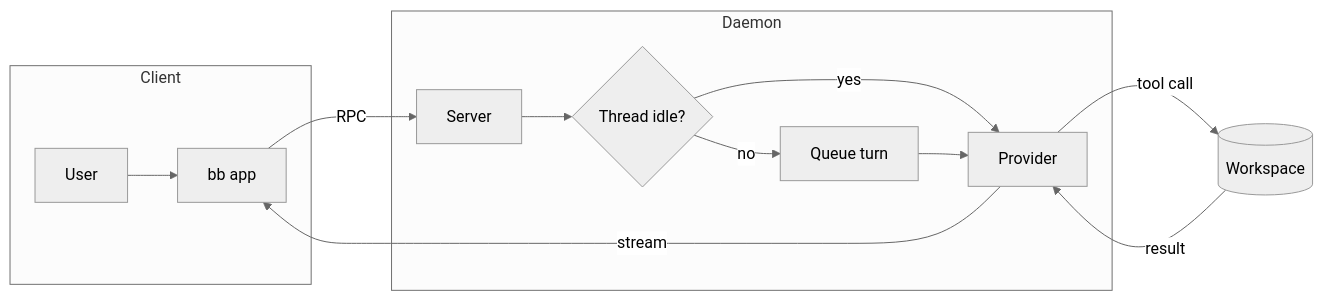
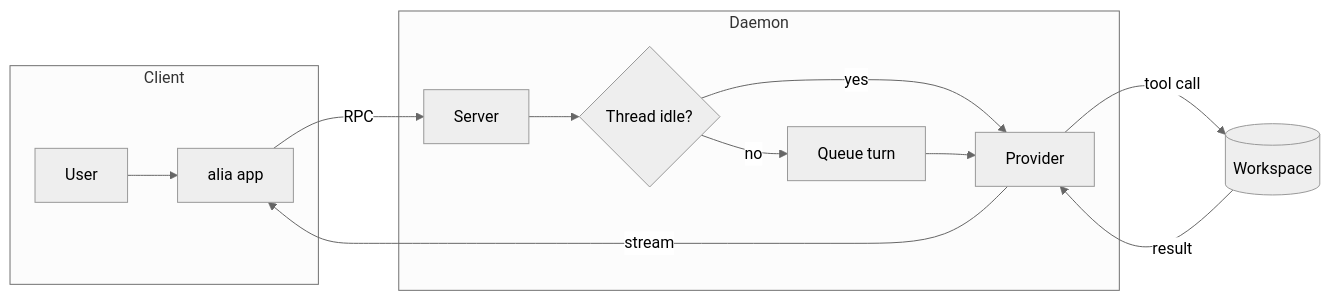
The second of 18 diagrams in plugins/agentic-mermaid/gallery.md (Vesnalia/vesnalia-plugins), drawn with Mermaid (neutral theme) before and after one commit. The commit also changed other lines of this file and 13306 other files, not shown here.

````diff
--- a/plugins/agentic-mermaid/gallery.md
+++ b/plugins/agentic-mermaid/gallery.md
@@ -23,16 +23,16 @@
 ```mermaid
 flowchart LR
   subgraph Client
-    U[User] --> UI[bb app]
+    U[User] --> UI[alia app]
   end
   subgraph Daemon
     UI -->|RPC| S[Server]
     S --> Q{Thread idle?}
     Q -->|yes| P[Provider]
     Q -->|no| W[Queue turn]
     W --> P
   end
   P -->|tool call| T[(Workspace)]
   T -->|result| P
   P -->|stream| UI
 ```
````
